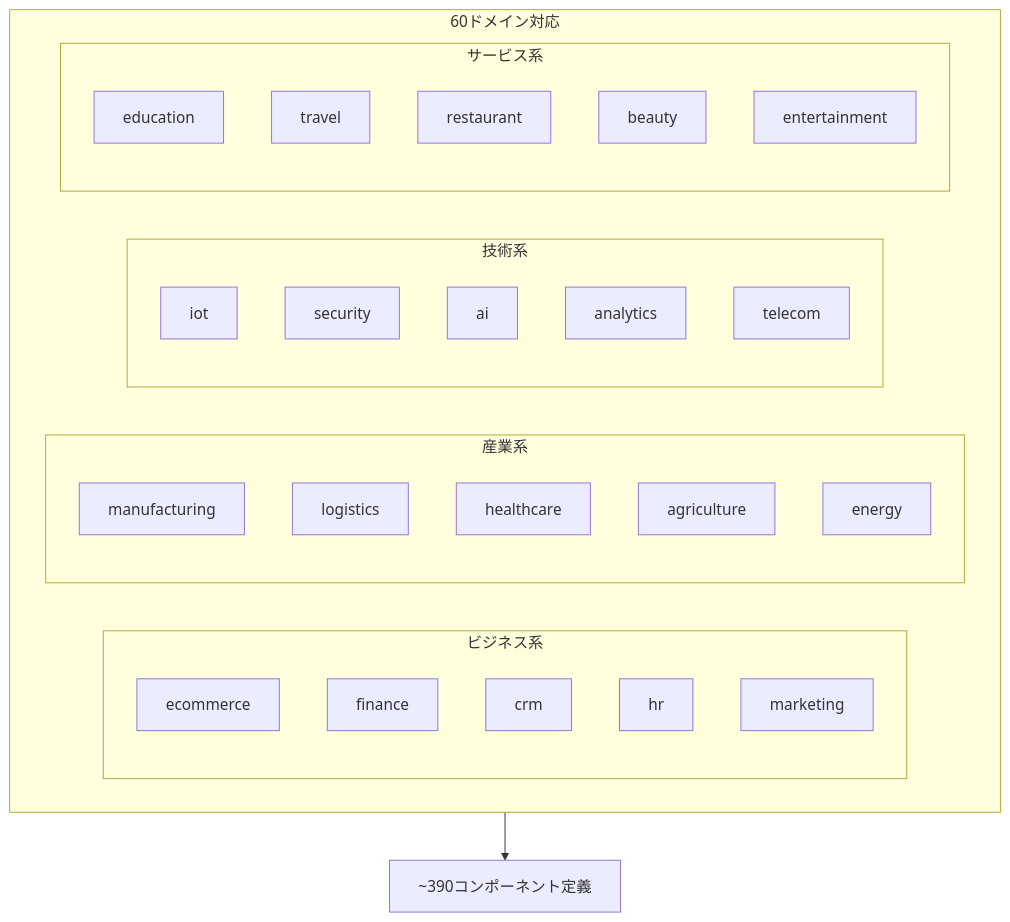
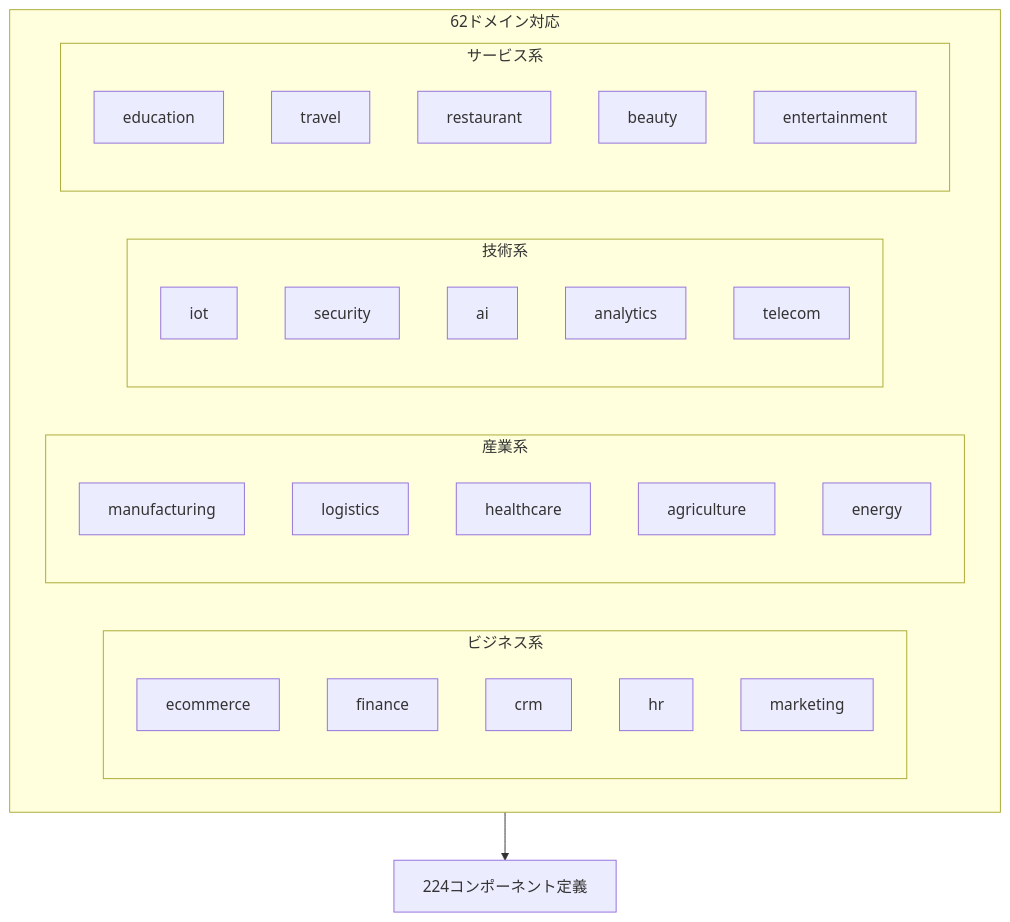
Before and after one commit to Takashi-So/MUSUBIX: diagram 14 of 21 in docs/evolution-from-musubi-to-musubix.md, drawn with Mermaid. The commit also changed other lines of this file and 6 other files, not shown here.

````diff
--- a/docs/evolution-from-musubi-to-musubix.md
+++ b/docs/evolution-from-musubi-to-musubix.md
@@ -448,38 +504,38 @@
 ```mermaid
 flowchart TB
-    subgraph Domains["60ドメイン対応"]
+    subgraph Domains["62ドメイン対応"]
         subgraph Business["ビジネス系"]
             B1[ecommerce]
             B2[finance]
             B3[crm]
             B4[hr]
             B5[marketing]
         end
         
         subgraph Industry["産業系"]
             I1[manufacturing]
             I2[logistics]
             I3[healthcare]
             I4[agriculture]
             I5[energy]
         end
         
         subgraph Tech["技術系"]
             T1[iot]
             T2[security]
             T3[ai]
             T4[analytics]
             T5[telecom]
         end
         
         subgraph Service["サービス系"]
             S1[education]
             S2[travel]
             S3[restaurant]
             S4[beauty]
             S5[entertainment]
         end
     end
     
-    Domains --> Components["~390コンポーネント定義"]
+    Domains --> Components["224コンポーネント定義"]
 ```
````
